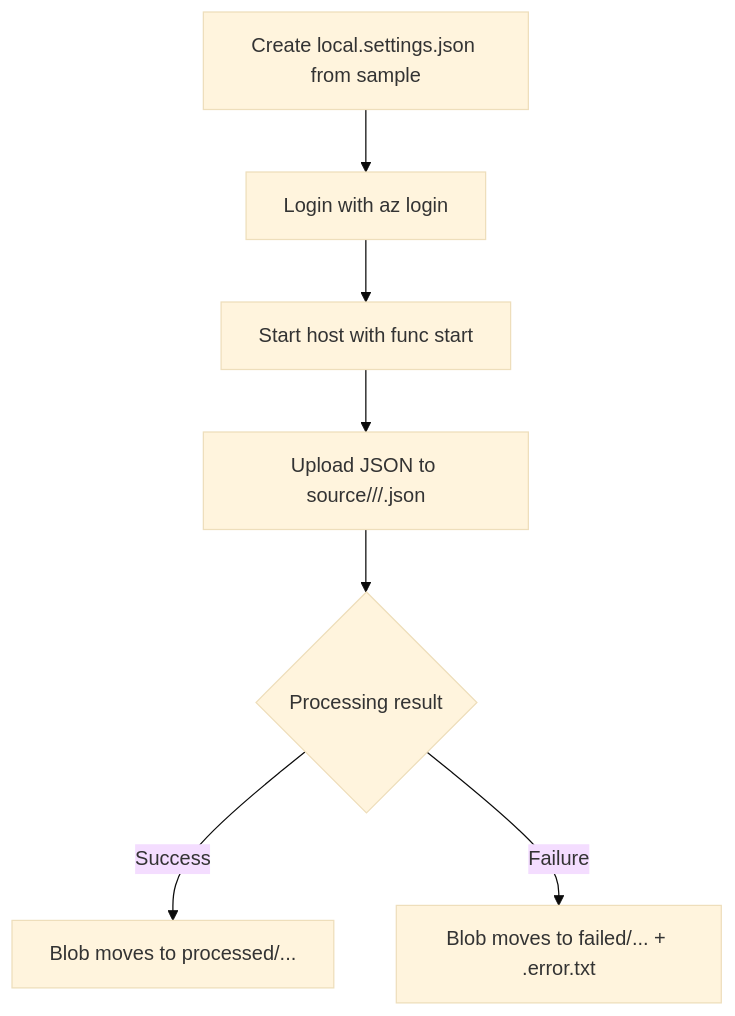
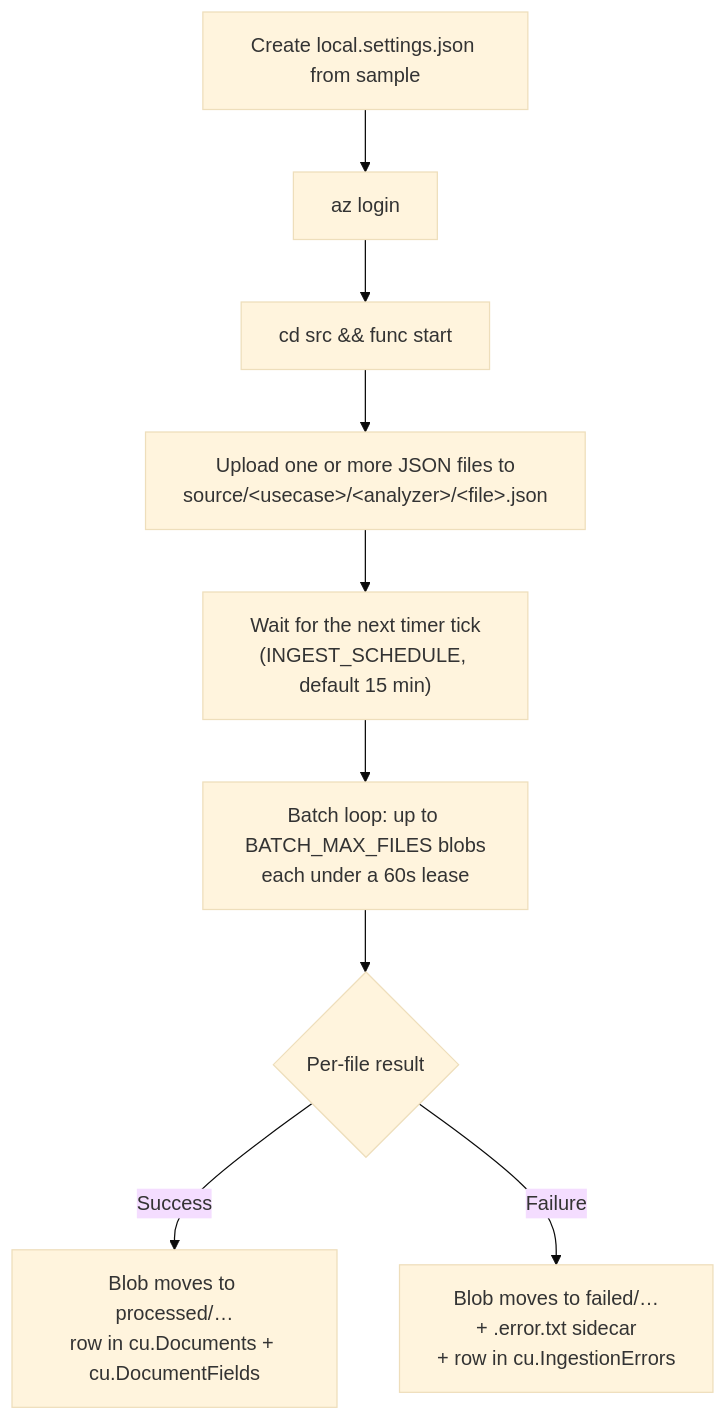
The diagram in src/README.md (GeorgeStevens13/Content-Understanding-Confidence-Logger), drawn with Mermaid (base theme) before and after one commit. The commit also changed other lines of this file and 7 other files, not shown here.

Commit message:
Change the ingestion from synch to batch every 15 min

````diff
--- a/src/README.md
+++ b/src/README.md
@@ -3,9 +3,11 @@
 ```mermaid
 flowchart TD
-  A[Create local.settings.json from sample] --> B[Login with az login]
-  B --> C[Start host with func start]
-  C --> D[Upload JSON to source/<usecase>/<analyzer>/<file>.json]
-  D --> E{Processing result}
-  E -->|Success| F[Blob moves to processed/...]
-  E -->|Failure| G[Blob moves to failed/... + .error.txt]
+  A["Create local.settings.json from sample"] --> B["az login"]
+  B --> C["cd src && func start"]
+  C --> D["Upload one or more JSON files to<br/>source/&lt;usecase&gt;/&lt;analyzer&gt;/&lt;file&gt;.json"]
+  D --> E["Wait for the next timer tick<br/>(INGEST_SCHEDULE, default 15 min)"]
+  E --> L["Batch loop: up to BATCH_MAX_FILES blobs<br/>each under a 60s lease"]
+  L --> F{Per-file result}
+  F -->|Success| G["Blob moves to processed/…<br/>row in cu.Documents + cu.DocumentFields"]
+  F -->|Failure| H["Blob moves to failed/…<br/>+ .error.txt sidecar<br/>+ row in cu.IngestionErrors"]
 ```
````
